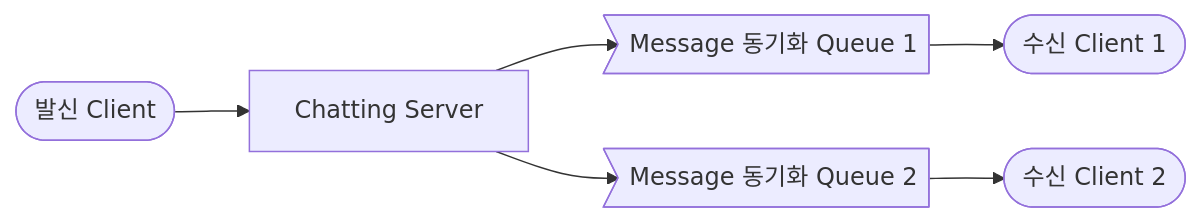
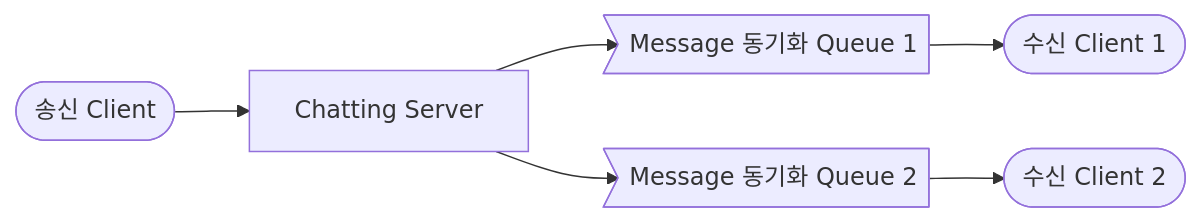
One commit to choesimin/choesimin.github.io changed the fourth of 8 diagrams in _drafts/skills/system-design/chatting.md. Above: the diagram before and after it, drawn with Mermaid. The commit also changed other lines of this file, not shown here.

````diff
--- a/_drafts/skills/system-design/chatting.md
+++ b/_drafts/skills/system-design/chatting.md
@@ -132,17 +132,17 @@
 ```mermaid
 flowchart LR
 
-sender([발신 Client])
-receiver_1([수신 Client 1])
-receiver_2([수신 Client 2])
+sender([송신 Client])
+recipient_1([수신 Client 1])
+recipient_2([수신 Client 2])
 
 chatting_server[Chatting Server]
 message_sync_queue_1>Message 동기화 Queue 1]
 message_sync_queue_2>Message 동기화 Queue 2]
 
 sender --> chatting_server
 chatting_server --> message_sync_queue_1
 chatting_server --> message_sync_queue_2
-message_sync_queue_1 --> receiver_1
-message_sync_queue_2 --> receiver_2
+message_sync_queue_1 --> recipient_1
+message_sync_queue_2 --> recipient_2
 ```
````
